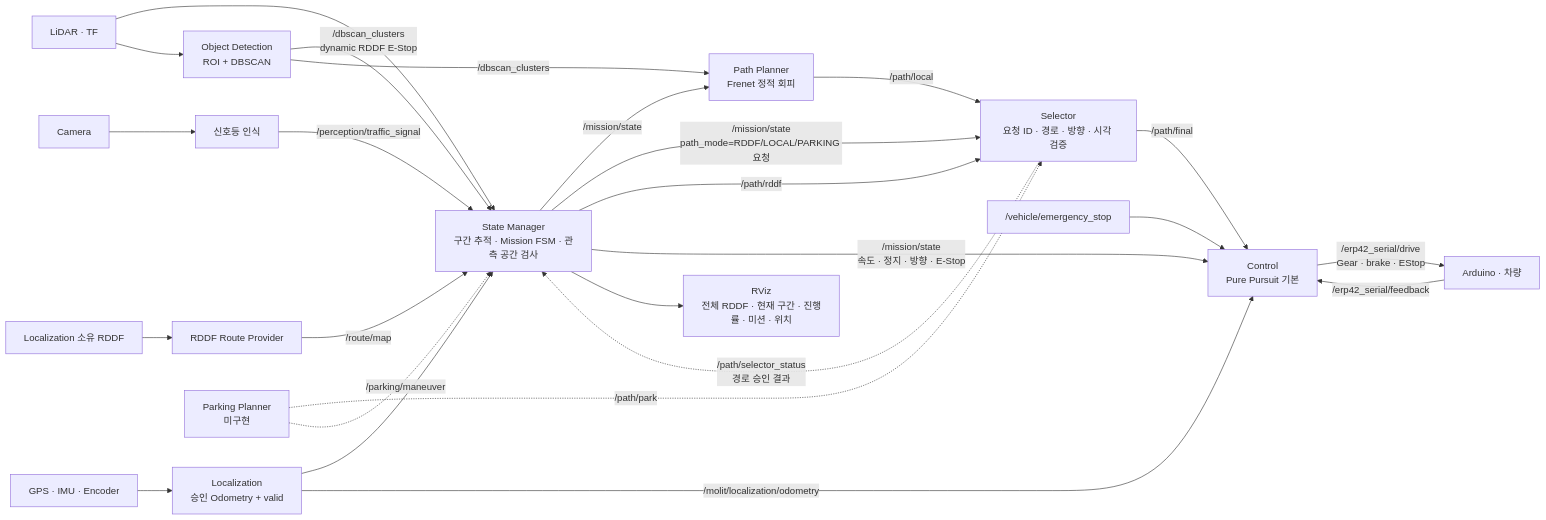
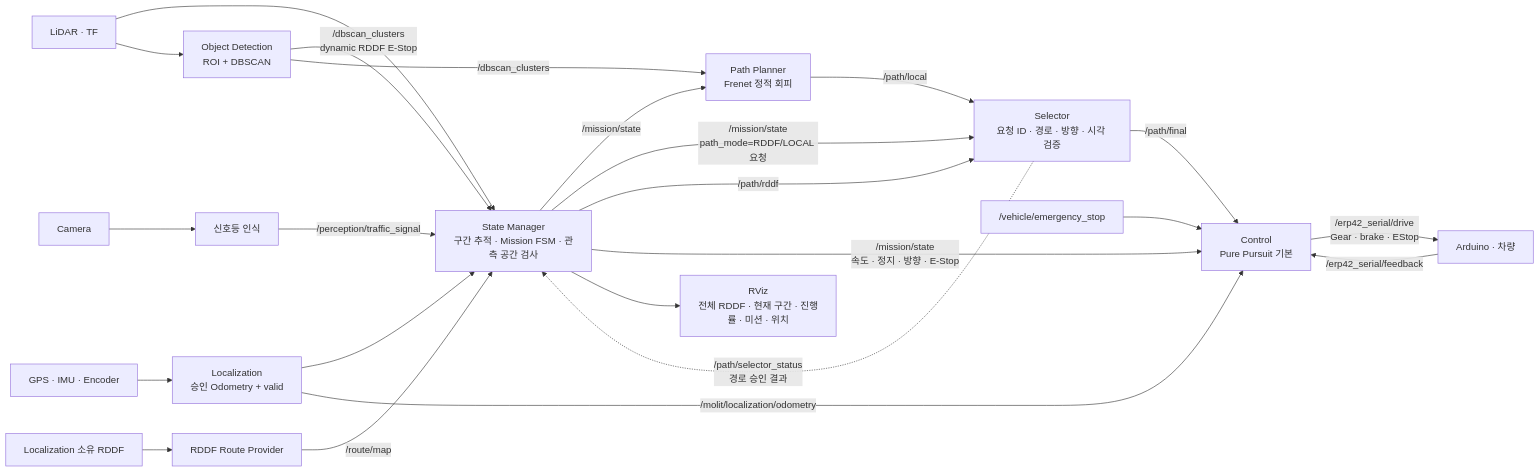
Before and after one commit to Team-Stier/HL-FMA-1-5-2026: the diagram in README.md, drawn with Mermaid. The commit also changed other lines of this file and 14 other files, not shown here.

Commit message:
refactor: run parallel parking from RDDF profiles

````diff
--- a/README.md
+++ b/README.md
@@ -206,27 +205,25 @@
 ```mermaid
 flowchart LR
     GPS["GPS · IMU · Encoder"] --> LOC["Localization<br/>승인 Odometry + valid"]
     CAM["Camera"] --> TRAFFIC["신호등 인식"]
     LIDAR["LiDAR · TF"] --> SM
     LIDAR --> OBJECTS["Object Detection<br/>ROI + DBSCAN"]
     OBJECTS -->|"/dbscan_clusters<br/>dynamic RDDF E-Stop"| SM
     OBJECTS -->|"/dbscan_clusters"| LOCAL["Path Planner<br/>Frenet 정적 회피"]
     TRAFFIC -->|"/perception/traffic_signal"| SM
     LOC --> SM
     RDDF["Localization 소유 RDDF"] --> PROVIDER["RDDF Route Provider"]
     PROVIDER -->|"/route/map"| SM["State Manager<br/>구간 추적 · Mission FSM · 관측 공간 검사"]
     SM -->|"/mission/state"| LOCAL
-    SM -->|"/mission/state<br/>path_mode=RDDF/LOCAL/PARKING 요청"| SELECTOR["Selector<br/>요청 ID · 경로 · 방향 · 시각 검증"]
+    SM -->|"/mission/state<br/>path_mode=RDDF/LOCAL 요청"| SELECTOR["Selector<br/>요청 ID · 경로 · 방향 · 시각 검증"]
     SM -->|"/path/rddf"| SELECTOR
     LOCAL -->|"/path/local"| SELECTOR
-    PARKING["Parking Planner<br/>미구현"] -.->|"/path/park"| SELECTOR
     SELECTOR -.->|"/path/selector_status<br/>경로 승인 결과"| SM
-    PARKING -.->|"/parking/maneuver"| SM
     SELECTOR -->|"/path/final"| CONTROL["Control<br/>Pure Pursuit 기본"]
     LOC -->|"/molit/localization/odometry"| CONTROL
     SM -->|"/mission/state<br/>속도 · 정지 · 방향 · E-Stop"| CONTROL
     ESTOP["/vehicle/emergency_stop"] --> CONTROL
     CONTROL -->|"/erp42_serial/drive<br/>Gear · brake · EStop"| VEHICLE["Arduino · 차량"]
     VEHICLE -->|"/erp42_serial/feedback"| CONTROL
     SM --> RVIZ["RViz<br/>전체 RDDF · 현재 구간 · 진행률 · 미션 · 위치"]
 ```
````
